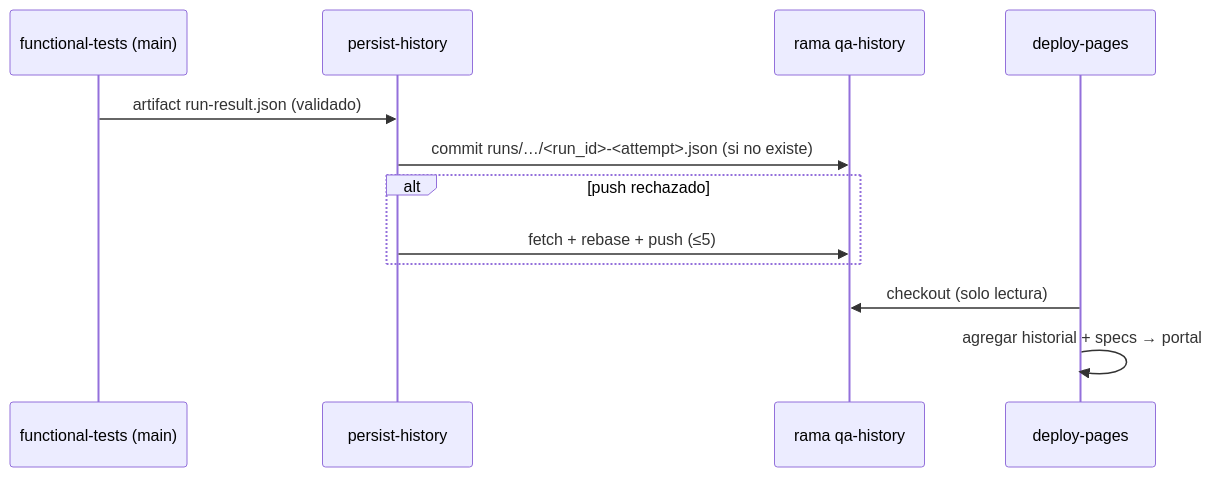
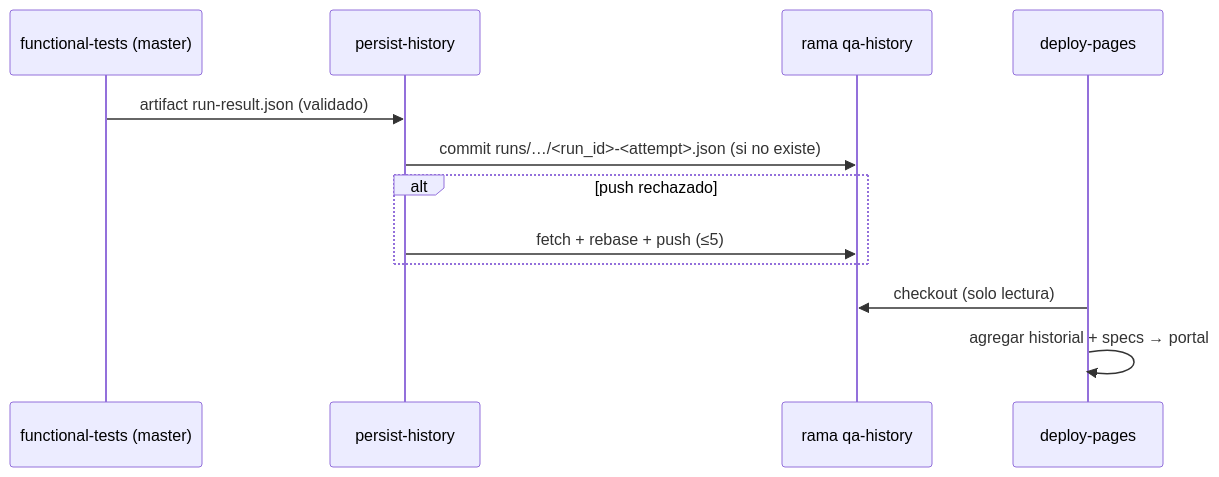
One commit to yoelalmiron1997/farmatodo-qa-test-engineering changed the fifth of 5 diagrams in specs/SDD.md. Above: the diagram before and after it, drawn with Mermaid. The commit also changed other lines of this file and 10 other files, not shown here.

````diff
--- a/specs/SDD.md
+++ b/specs/SDD.md
@@ -810,14 +812,14 @@
 ```mermaid
 sequenceDiagram
-  participant T as functional-tests (main)
+  participant T as functional-tests (master)
   participant H as persist-history
   participant G as rama qa-history
   participant D as deploy-pages
   T->>H: artifact run-result.json (validado)
   H->>G: commit runs/…/<run_id>-<attempt>.json (si no existe)
   alt push rechazado
     H->>G: fetch + rebase + push (≤5)
   end
   D->>G: checkout (solo lectura)
   D->>D: agregar historial + specs → portal
 ```
````
